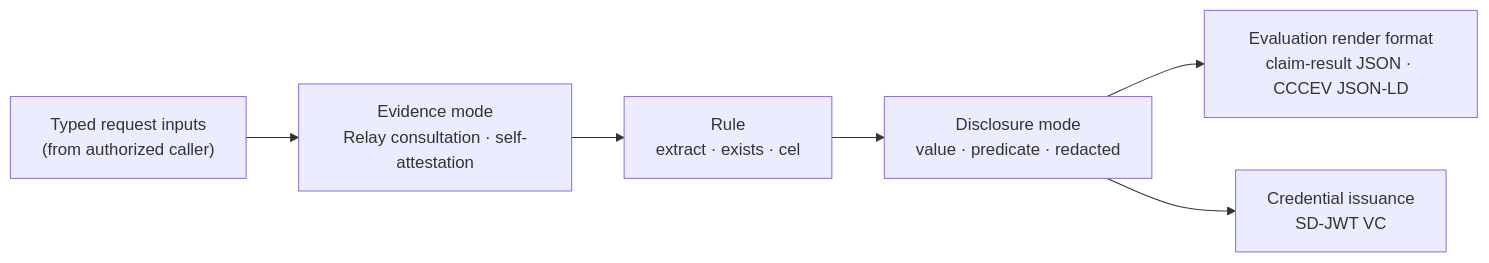
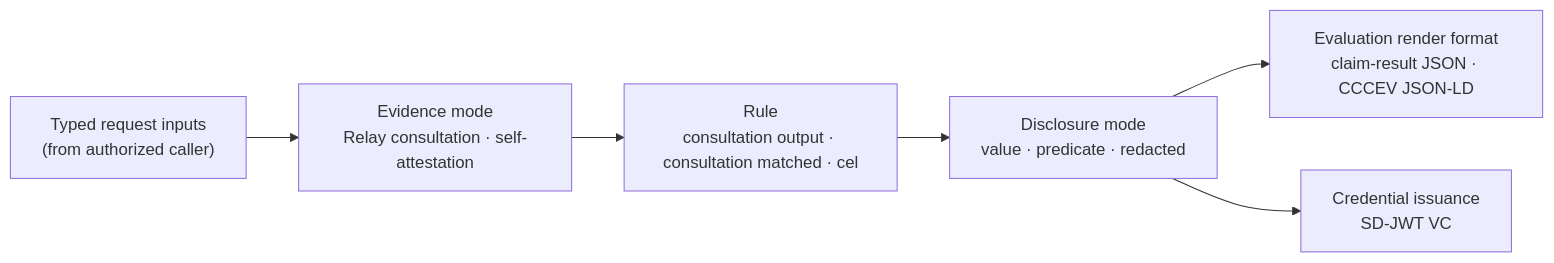
Before and after one commit to registrystack/registry-stack: the diagram in docs/site/src/content/docs/spec/rs-pr-notary.mdx, drawn with Mermaid. The commit also changed other lines of this file and 34 other files, not shown here.

````diff
--- a/docs/site/src/content/docs/spec/rs-pr-notary.mdx
+++ b/docs/site/src/content/docs/spec/rs-pr-notary.mdx
@@ -107,11 +107,11 @@
 ```mermaid
 flowchart LR
     subject["Typed request inputs<br/>(from authorized caller)"]
     evidence["Evidence mode<br/>Relay consultation · self-attestation"]
-    rule["Rule<br/>extract · exists · cel"]
+    rule["Rule<br/>consultation output · consultation matched · cel"]
     disclosure["Disclosure mode<br/>value · predicate · redacted"]
     format["Evaluation render format<br/>claim-result JSON · CCCEV JSON-LD"]
     credential["Credential issuance<br/>SD-JWT VC"]
     subject --> evidence --> rule --> disclosure --> format
     disclosure --> credential
 ```
````
